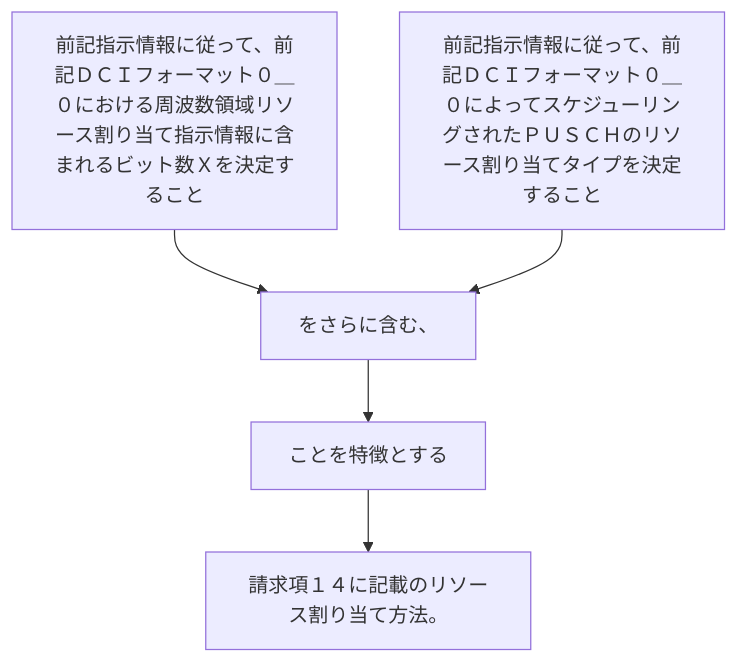
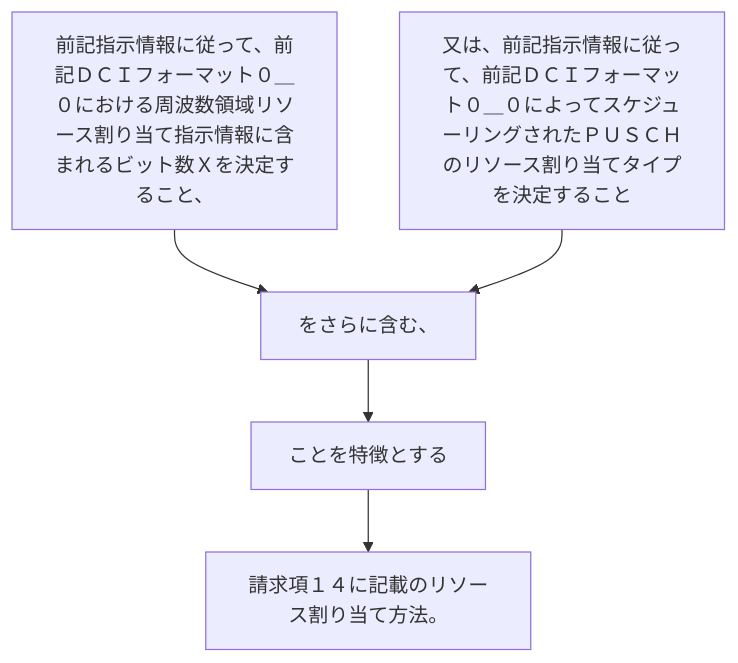
Before and after one commit to shinmori55/patent_analyzed: the diagram in 2024/JP2024029186A/claim_15/README.md, drawn with Mermaid. The commit also changed 336 other files, not shown here.

````diff
--- a/2024/JP2024029186A/claim_15/README.md
+++ b/2024/JP2024029186A/claim_15/README.md
@@ -4,12 +4,12 @@
 ```mermaid
 flowchart TD
-A[前記指示情報に従って、前記ＤＣＩフォーマット０＿０における周波数領域リソース割り当て指示情報に含まれるビット数Ｘを決定すること]
-B[前記指示情報に従って、前記ＤＣＩフォーマット０＿０によってスケジューリングされたＰＵＳＣＨのリソース割り当てタイプを決定すること]
+A[前記指示情報に従って、前記ＤＣＩフォーマット０＿０における周波数領域リソース割り当て指示情報に含まれるビット数Ｘを決定すること、]
+B[又は、前記指示情報に従って、前記ＤＣＩフォーマット０＿０によってスケジューリングされたＰＵＳＣＨのリソース割り当てタイプを決定すること]
 C[をさらに含む、]
 D[ことを特徴とする]
 E[請求項１４に記載のリソース割り当て方法。]
 A --> C
 B --> C
 C --> D
 D --> E
 ```
````
